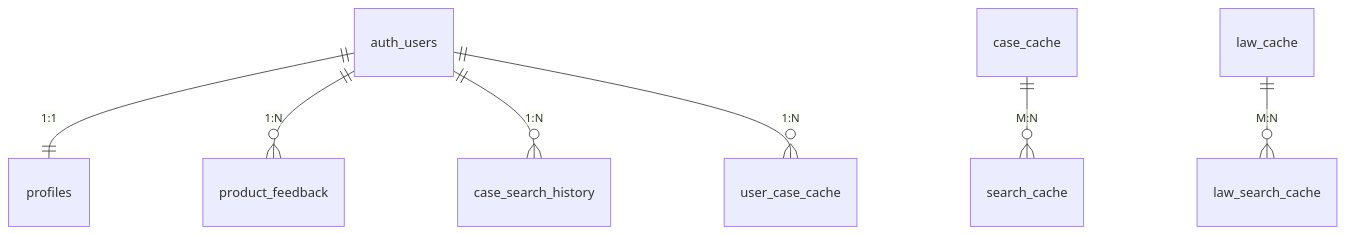
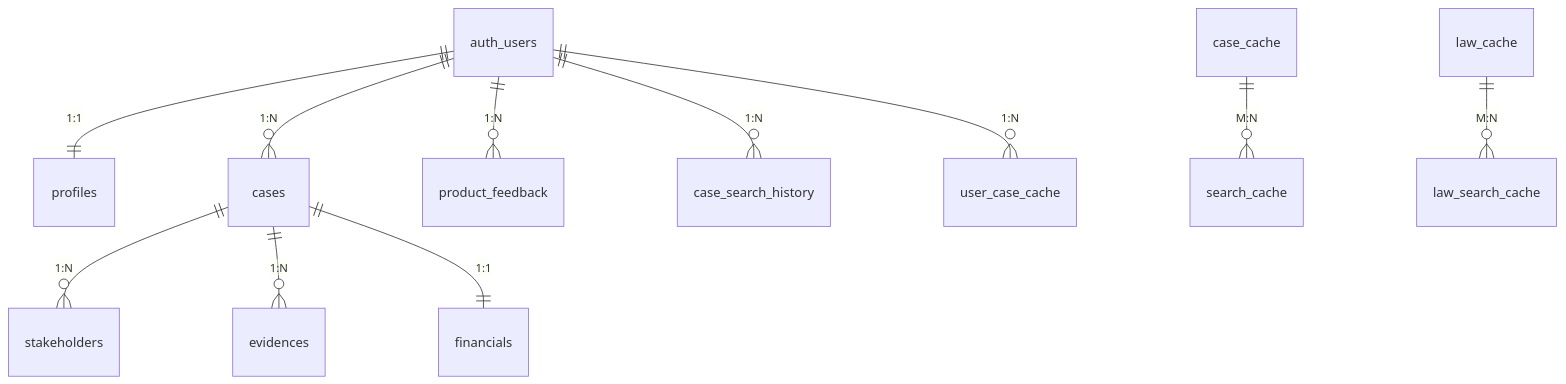
Before and after one commit to 690925339/Legal-workspace-test: the diagram in docs/数据库表结构.md, drawn with Mermaid. The commit also changed other lines of this file and 4 other files, not shown here.

````diff
--- a/docs/数据库表结构.md
+++ b/docs/数据库表结构.md
@@ -116,9 +171,14 @@
 ```mermaid
 erDiagram
     auth_users ||--|| profiles : "1:1"
+    auth_users ||--o{ cases : "1:N"
+    cases ||--o{ stakeholders : "1:N"
+    cases ||--o{ evidences : "1:N"
+    cases ||--|| financials : "1:1"
+
     auth_users ||--o{ product_feedback : "1:N"
     auth_users ||--o{ case_search_history : "1:N"
     auth_users ||--o{ user_case_cache : "1:N"
     case_cache ||--o{ search_cache : "M:N"
     law_cache ||--o{ law_search_cache : "M:N"
 ```
````
